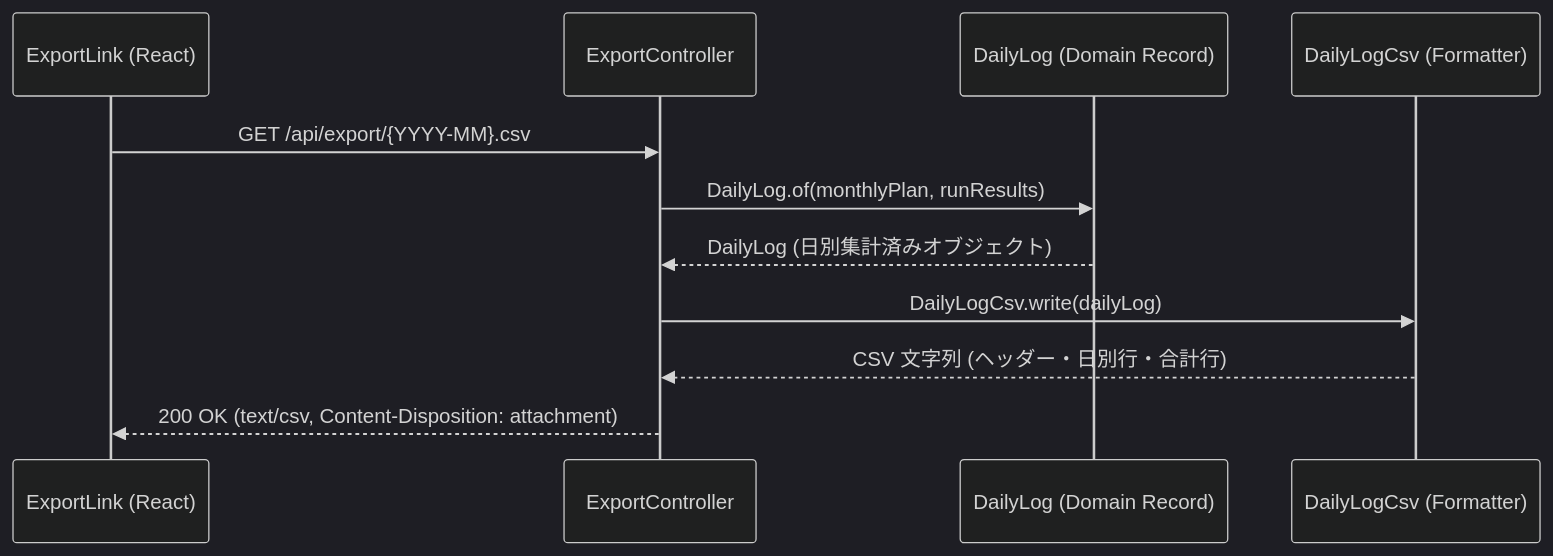
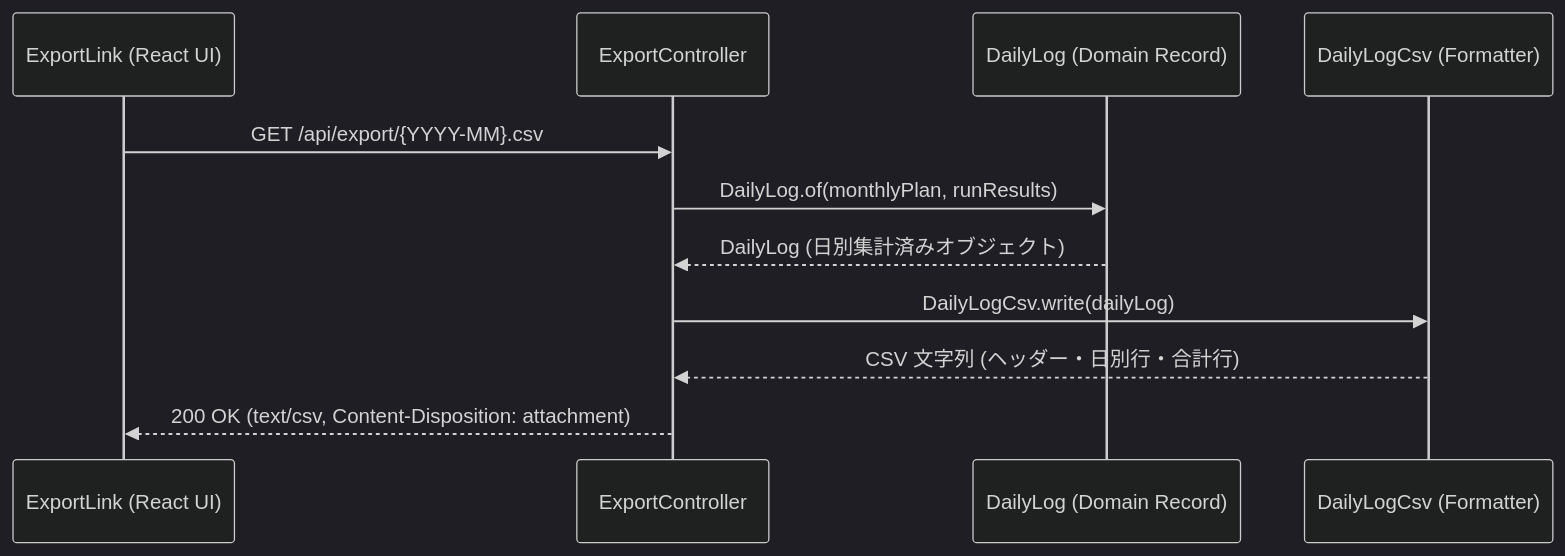
The first of 2 diagrams in openwiki/tutorials/add-feature.md (tis-abe-akira/run-buddy), drawn with Mermaid (dark theme) before and after one commit. The commit also changed other lines of this file and 14 other files, not shown here.

````diff
--- a/openwiki/tutorials/add-feature.md
+++ b/openwiki/tutorials/add-feature.md
@@ -51,14 +55,14 @@
 ```mermaid
 sequenceDiagram
-    participant UI as ExportLink (React)
+    participant UI as ExportLink (React UI)
     participant Ctrl as ExportController
     participant Domain as DailyLog (Domain Record)
-    participant Csv as DailyLogCsv (Formatter)
+    participant Formatter as DailyLogCsv (Formatter)
 
     UI->>Ctrl: GET /api/export/{YYYY-MM}.csv
     Ctrl->>Domain: DailyLog.of(monthlyPlan, runResults)
     Domain-->>Ctrl: DailyLog (日別集計済みオブジェクト)
-    Ctrl->>Csv: DailyLogCsv.write(dailyLog)
-    Csv-->>Ctrl: CSV 文字列 (ヘッダー・日別行・合計行)
+    Ctrl->>Formatter: DailyLogCsv.write(dailyLog)
+    Formatter-->>Ctrl: CSV 文字列 (ヘッダー・日別行・合計行)
     Ctrl-->>UI: 200 OK (text/csv, Content-Disposition: attachment)
 ```
````
